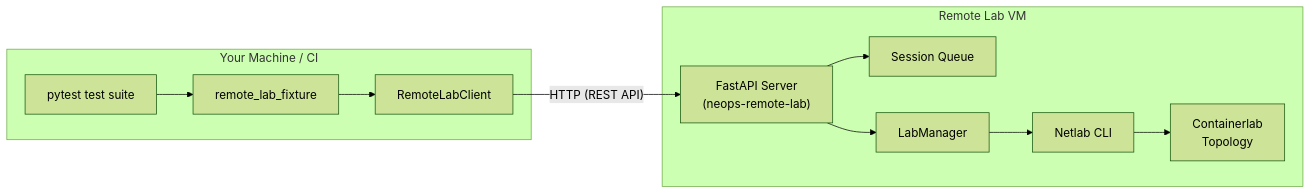
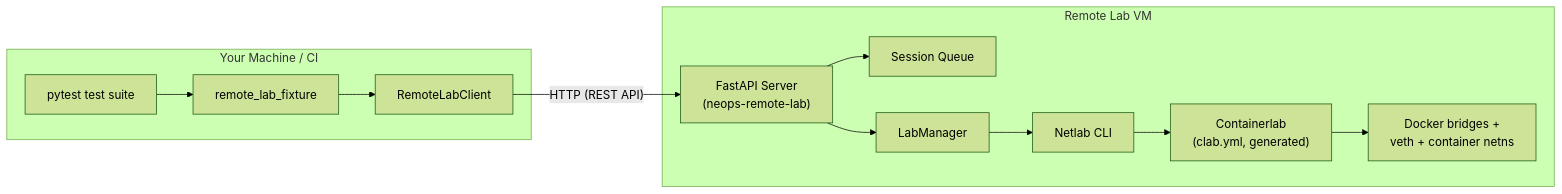
The diagram in docs/10-concepts/10-architecture.md (zebbra/remote-lab), drawn with Mermaid (forest theme) before and after one commit. The commit also changed other lines of this file and 22 other files, not shown here.

````diff
--- a/docs/10-concepts/10-architecture.md
+++ b/docs/10-concepts/10-architecture.md
@@ -13,24 +13,26 @@
 ```mermaid
 graph LR
     subgraph "Your Machine / CI"
         Tests["pytest test suite"]
         Fixture["remote_lab_fixture"]
         Client["RemoteLabClient"]
     end
 
     subgraph "Remote Lab VM"
         Server["FastAPI Server<br/>(neops-remote-lab)"]
         Queue["Session Queue"]
         LM["LabManager"]
         Netlab["Netlab CLI"]
-        Topo["Containerlab<br/>Topology"]
+        Clab["Containerlab<br/>(clab.yml, generated)"]
+        Docker["Docker bridges +<br/>veth + container netns"]
     end
 
     Tests --> Fixture
     Fixture --> Client
     Client -- "HTTP (REST API)" --> Server
     Server --> Queue
     Server --> LM
     LM --> Netlab
-    Netlab --> Topo
+    Netlab --> Clab
+    Clab --> Docker
 ```
````
